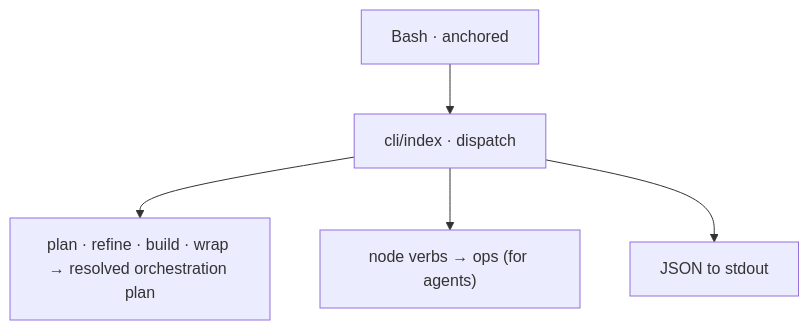
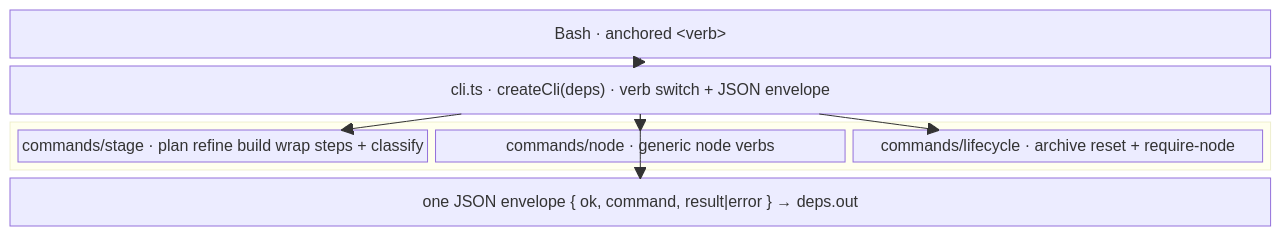
Before and after one commit to chafoo/anchored: the diagram in docs/core/cli/_cli.md, drawn with Mermaid. The commit also changed other lines of this file and 65 other files, not shown here.

````diff
--- a/docs/core/cli/_cli.md
+++ b/docs/core/cli/_cli.md
@@ -8,7 +14,17 @@
 ```mermaid
-flowchart TB
-    bash["Bash · anchored <verb>"] --> disp["cli/index · dispatch"]
-    disp --> stage["plan · refine · build · wrap → resolved orchestration plan"]
-    disp --> node["node verbs → ops (for agents)"]
-    disp --> json["JSON to stdout"]
+block-beta
+  columns 1
+  bash["Bash · anchored &lt;verb&gt;"]
+  cli["cli.ts · createCli(deps) · verb switch + JSON envelope"]
+  block:groups
+    stage["commands/stage · plan refine build wrap steps + classify"]
+    node["commands/node · generic node verbs"]
+    lifecycle["commands/lifecycle · archive reset + require-node"]
+  end
+  json["one JSON envelope { ok, command, result|error } → deps.out"]
+  bash --> cli
+  cli --> stage
+  cli --> node
+  cli --> lifecycle
+  cli --> json
 ```
````
